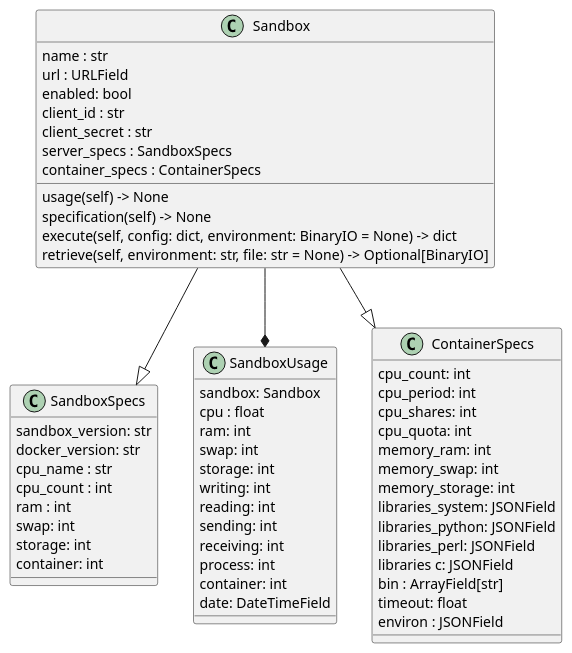
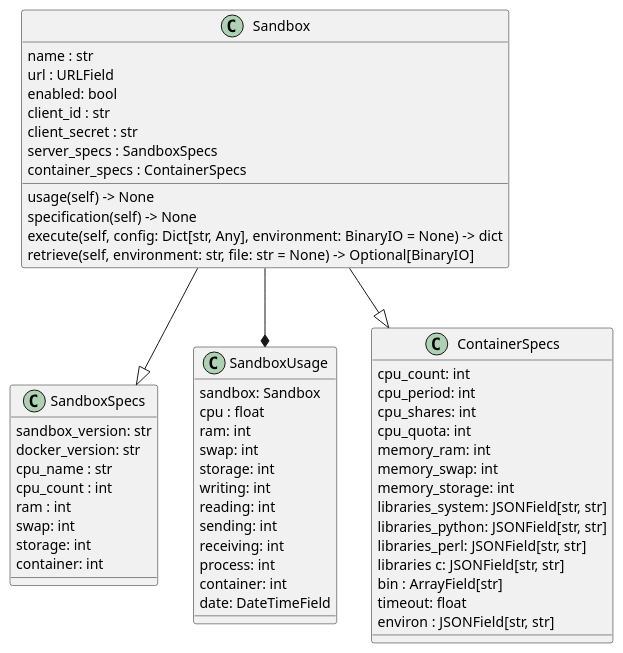
One commit to PremierLangage/platon-conception changed the diagram in diagrammes/sandbox/sandbox.puml. Above: the diagram before and after it, drawn with PlantUML. The commit also changed 1 other file, not shown here.

```diff
--- a/diagrammes/sandbox/sandbox.puml
+++ b/diagrammes/sandbox/sandbox.puml
@@ -1,68 +1,68 @@
 @startuml
 
 class SandboxSpecs {
     sandbox_version: str
     docker_version: str
     cpu_name : str
     cpu_count : int
     ram : int
     swap: int
     storage: int
     container: int
 }
 
 
 class SandboxUsage {
     sandbox: Sandbox
     cpu : float
     ram: int
     swap: int
     storage: int
     writing: int
     reading: int
     sending: int
     receiving: int
     process: int
     container: int
     date: DateTimeField
 }
 
 
 class ContainerSpecs {
     cpu_count: int
     cpu_period: int
     cpu_shares: int
     cpu_quota: int
     memory_ram: int
     memory_swap: int
     memory_storage: int
-    libraries_system: JSONField
-    libraries_python: JSONField
-    libraries_perl: JSONField
-    libraries c: JSONField
+    libraries_system: JSONField[str, str]
+    libraries_python: JSONField[str, str]
+    libraries_perl: JSONField[str, str]
+    libraries c: JSONField[str, str]
     bin : ArrayField[str]
     timeout: float
-    environ : JSONField
+    environ : JSONField[str, str]
 }
 
 
 class Sandbox {
     name : str
     url : URLField
     enabled: bool
     client_id : str
     client_secret : str
     server_specs : SandboxSpecs
     container_specs : ContainerSpecs
 
     usage(self) -> None
     specification(self) -> None
-    execute(self, config: dict, environment: BinaryIO = None) -> dict
+    execute(self, config: Dict[str, Any], environment: BinaryIO = None) -> dict
     retrieve(self, environment: str, file: str = None) -> Optional[BinaryIO]
 }
 
 Sandbox --|> SandboxSpecs
 Sandbox --|> ContainerSpecs
 Sandbox --* SandboxUsage
 
 @enduml
```
